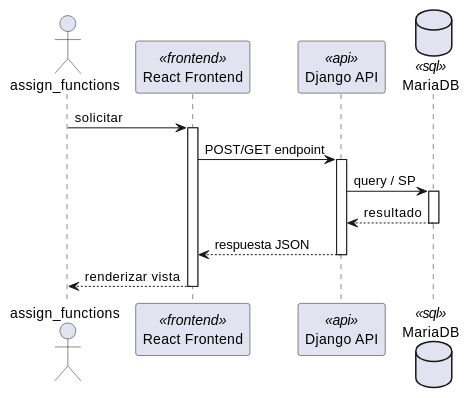
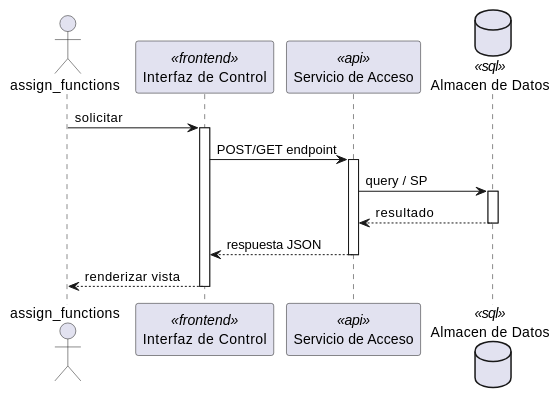
Before and after one commit to jcg-admin/IACT-docs: the first of 2 diagrams in source/arquitectura-tecnica/DesignView/acc-01.rst, drawn with PlantUML. The commit also changed other lines of this file and 243 other files, not shown here.

First line of the commit message:
Add missing diagrams and fix participant names across Kruchten views

```diff
--- a/source/arquitectura-tecnica/DesignView/acc-01.rst
+++ b/source/arquitectura-tecnica/DesignView/acc-01.rst
@@ -22,28 +22,28 @@
 .. uml::
  :caption: UC_ACC_01 — Design View (secuencia)
 
  @startuml
 
  actor "assign_functions" as assign_functions
- participant "React Frontend" as Frontend <<frontend>>
- participant "Django API" as APIServer <<api>>
- database "MariaDB" as BaseDatos <<sql>>
+ participant "Interfaz de Control" as Iface <<frontend>>
+ participant "Servicio de Acceso" as SvcNode <<api>>
+ database "Almacen de Datos" as Store <<sql>>
 
- assign_functions -> Frontend : solicitar
- activate Frontend
+ assign_functions -> Iface : solicitar
+ activate Iface
 
- Frontend -> APIServer : POST/GET endpoint
- activate APIServer
+ Iface -> SvcNode : POST/GET endpoint
+ activate SvcNode
 
- APIServer -> BaseDatos : query / SP
- activate BaseDatos
- BaseDatos --> APIServer : resultado
- deactivate BaseDatos
+ SvcNode -> Store : query / SP
+ activate Store
+ Store --> SvcNode : resultado
+ deactivate Store
 
- APIServer --> Frontend : respuesta JSON
- deactivate APIServer
+ SvcNode --> Iface : respuesta JSON
+ deactivate SvcNode
 
- Frontend --> assign_functions : renderizar vista
- deactivate Frontend
+ Iface --> assign_functions : renderizar vista
+ deactivate Iface
 
  @enduml
```
